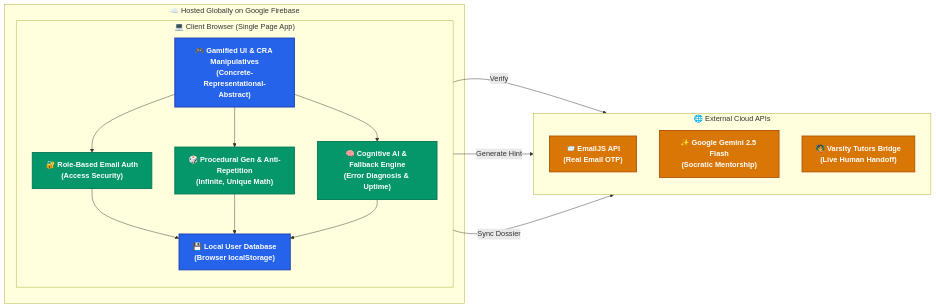
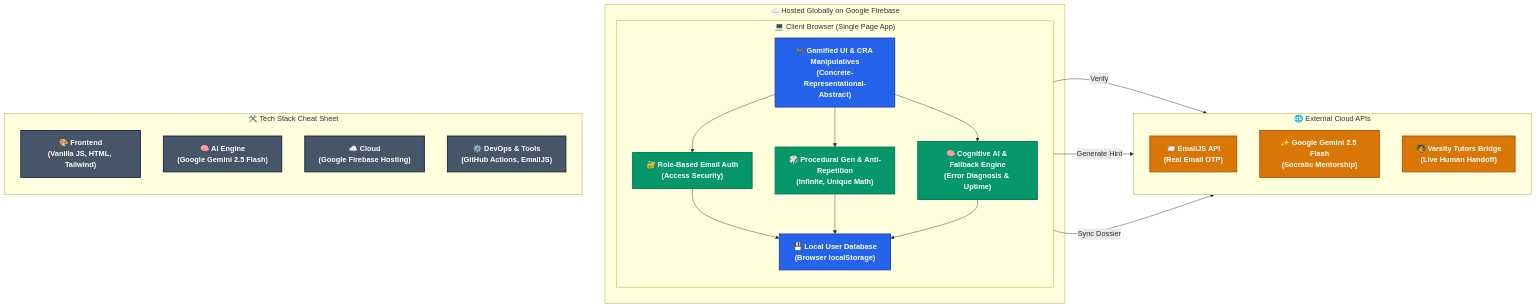
Before and after one commit to SKannaian/nerdy-arithmetic-ai: the first of 8 diagrams in ARCHITECTURE.md, drawn with Mermaid.

Commit message:
Add Tech Stack Cheat Sheet sidebar to architecture diagram

````diff
--- a/ARCHITECTURE.md
+++ b/ARCHITECTURE.md
@@ -27,37 +27,47 @@
 ```mermaid
 graph LR
     %% Styling - High Contrast for Presentations
     classDef primary fill:#2563eb,stroke:#1e40af,stroke-width:2px,color:#ffffff,font-weight:bold;
     classDef logic fill:#059669,stroke:#047857,stroke-width:2px,color:#ffffff,font-weight:bold;
     classDef cloud fill:#d97706,stroke:#b45309,stroke-width:2px,color:#ffffff,font-weight:bold;
+    classDef tech fill:#475569,stroke:#1e293b,stroke-width:2px,color:#ffffff,font-weight:bold;
+
+    subgraph Tech ["🛠️ Tech Stack Cheat Sheet"]
+        direction TB
+        T1["🎨 Frontend<br/>(Vanilla JS, HTML, Tailwind)"]:::tech
+        T2["🧠 AI Engine<br/>(Google Gemini 2.5 Flash)"]:::tech
+        T3["☁️ Cloud<br/>(Google Firebase Hosting)"]:::tech
+        T4["⚙️ DevOps & Tools<br/>(GitHub Actions, EmailJS)"]:::tech
+    end
 
     subgraph Firebase ["☁️ Hosted Globally on Google Firebase"]
         subgraph Client ["💻 Client Browser (Single Page App)"]
             direction TB
             UI["🎮 Gamified UI & CRA Manipulatives<br/>(Concrete-Representational-Abstract)"]:::primary
             Auth["🔐 Role-Based Email Auth<br/>(Access Security)"]:::logic
             Gen["🎲 Procedural Gen & Anti-Repetition<br/>(Infinite, Unique Math)"]:::logic
             AI["🧠 Cognitive AI & Fallback Engine<br/>(Error Diagnosis & Uptime)"]:::logic
             DB["💾 Local User Database<br/>(Browser localStorage)"]:::primary
             
             UI --> Auth
             UI --> Gen
             UI --> AI
             Auth --> DB
             Gen --> DB
             AI --> DB
         end
     end
 
     subgraph External ["🌐 External Cloud APIs"]
         direction TB
         Email["📨 EmailJS API<br/>(Real Email OTP)"]:::cloud
         Gemini["✨ Google Gemini 2.5 Flash<br/>(Socratic Mentorship)"]:::cloud
         Varsity["🧑‍🏫 Varsity Tutors Bridge<br/>(Live Human Handoff)"]:::cloud
     end
 
     %% Cross-boundary connections
+    T1 ~~~ UI
     Auth -- "Verify" --> Email
     AI -- "Generate Hint" --> Gemini
     DB -- "Sync Dossier" --> Varsity
 ```
````
